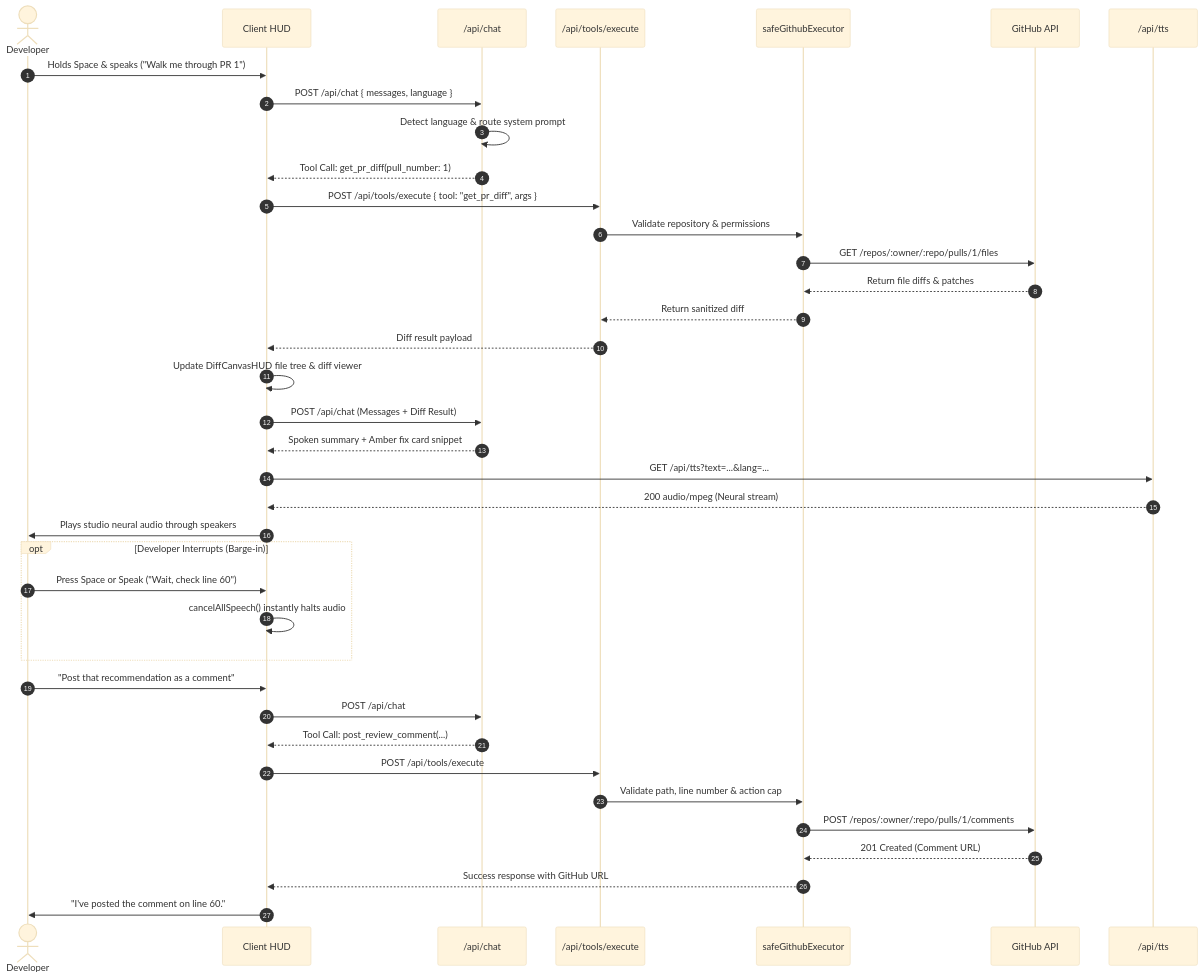
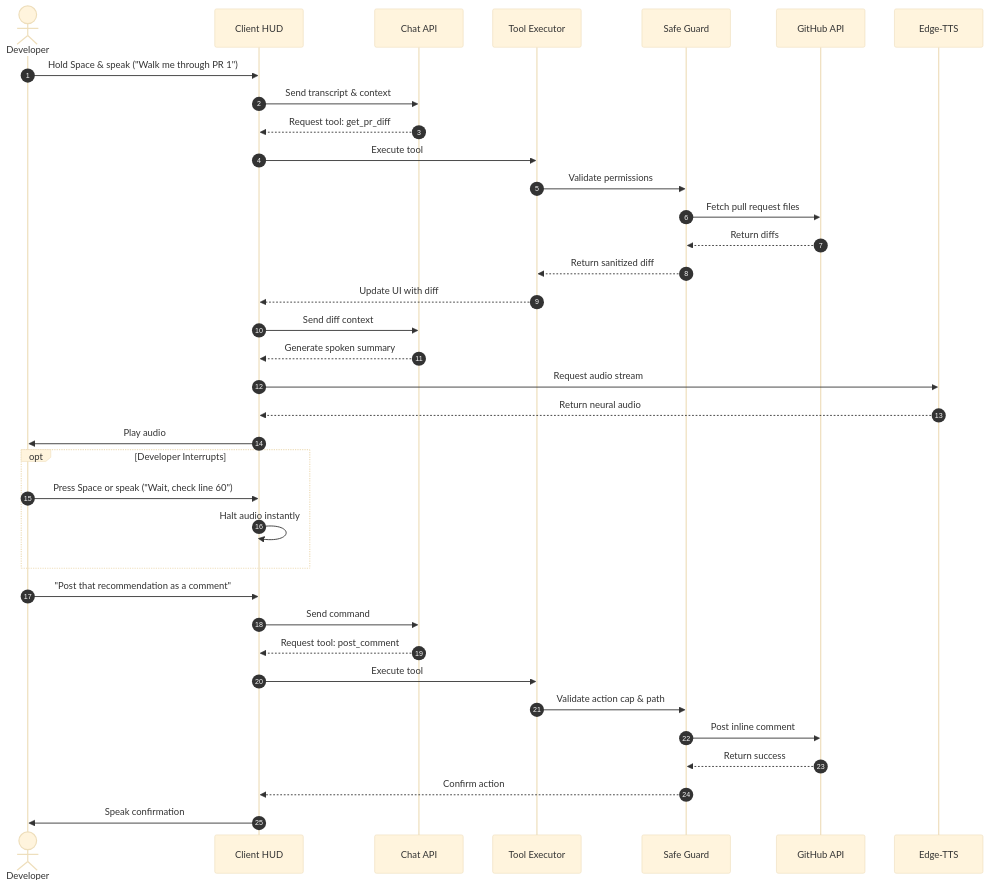
One commit to Nawxtz/codecast changed the second of 2 diagrams in README.md. Above: the diagram before and after it, drawn with Mermaid (base theme). The commit also changed other lines of this file, not shown here.

````diff
--- a/README.md
+++ b/README.md
@@ -78,45 +75,42 @@
 ```mermaid
 sequenceDiagram
     autonumber
     actor Dev as Developer
-    participant Browser as Client HUD
-    participant ChatAPI as /api/chat
-    participant ToolAPI as /api/tools/execute
-    participant Safe as safeGithubExecutor
-    participant GitHub as GitHub API
-    participant TTS as /api/tts
+    participant UI as Client HUD
+    participant API as Chat API
+    participant Exec as Tool Executor
+    participant Safe as Safe Guard
+    participant GH as GitHub API
+    participant TTS as Edge-TTS
 
-    Dev->>Browser: Holds Space & speaks ("Walk me through PR 1")
-    Browser->>ChatAPI: POST /api/chat { messages, language }
-    ChatAPI->>ChatAPI: Detect language & route system prompt
-    ChatAPI-->>Browser: Tool Call: get_pr_diff(pull_number: 1)
+    Dev->>UI: Hold Space & speak ("Walk me through PR 1")
+    UI->>API: Send transcript & context
+    API-->>UI: Request tool: get_pr_diff
+    UI->>Exec: Execute tool
+    Exec->>Safe: Validate permissions
+    Safe->>GH: Fetch pull request files
+    GH-->>Safe: Return diffs
+    Safe-->>Exec: Return sanitized diff
+    Exec-->>UI: Update UI with diff
     
-    Browser->>ToolAPI: POST /api/tools/execute { tool: "get_pr_diff", args }
-    ToolAPI->>Safe: Validate repository & permissions
-    Safe->>GitHub: GET /repos/:owner/:repo/pulls/1/files
-    GitHub-->>Safe: Return file diffs & patches
-    Safe-->>ToolAPI: Return sanitized diff
-    ToolAPI-->>Browser: Diff result payload
-    Browser->>Browser: Update DiffCanvasHUD file tree & diff viewer
-
-    Browser->>ChatAPI: POST /api/chat (Messages + Diff Result)
-    ChatAPI-->>Browser: Spoken summary + Amber fix card snippet
-    Browser->>TTS: GET /api/tts?text=...&lang=...
-    TTS-->>Browser: 200 audio/mpeg (Neural stream)
-    Browser->>Dev: Plays studio neural audio through speakers
-
-    opt Developer Interrupts (Barge-in)
-        Dev->>Browser: Press Space or Speak ("Wait, check line 60")
-        Browser->>Browser: cancelAllSpeech() instantly halts audio
+    UI->>API: Send diff context
+    API-->>UI: Generate spoken summary
+    UI->>TTS: Request audio stream
+    TTS-->>UI: Return neural audio
+    UI->>Dev: Play audio
+    
+    opt Developer Interrupts
+        Dev->>UI: Press Space or speak ("Wait, check line 60")
+        UI->>UI: Halt audio instantly
     end
 
-    Dev->>Browser: "Post that recommendation as a comment"
-    Browser->>ChatAPI: POST /api/chat
-    ChatAPI-->>Browser: Tool Call: post_review_comment(...)
-    Browser->>ToolAPI: POST /api/tools/execute
-    ToolAPI->>Safe: Validate path, line number & action cap
-    Safe->>GitHub: POST /repos/:owner/:repo/pulls/1/comments
-    GitHub-->>Safe: 201 Created (Comment URL)
-    Safe-->>Browser: Success response with GitHub URL
-    Browser->>Dev: "I've posted the comment on line 60."
+    Dev->>UI: "Post that recommendation as a comment"
+    UI->>API: Send command
+    API-->>UI: Request tool: post_comment
+    UI->>Exec: Execute tool
+    Exec->>Safe: Validate action cap & path
+    Safe->>GH: Post inline comment
+    GH-->>Safe: Return success
+    Safe-->>UI: Confirm action
+    UI->>Dev: Speak confirmation
 ```
````
